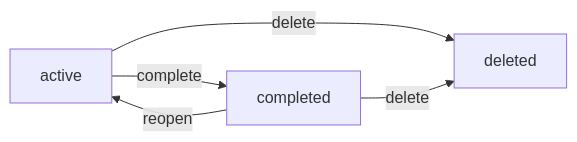
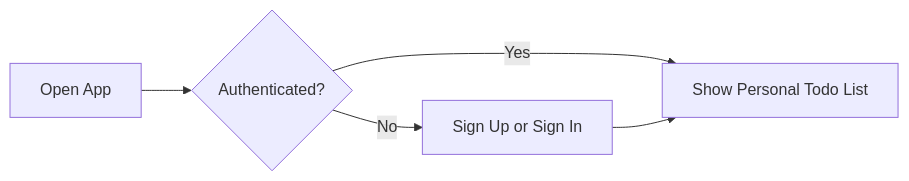
One commit to wrtnlabs/autobe-example-todo-openai-gpt-5 changed the first of 4 diagrams in docs/analysis/00-toc.md. Above: the diagram before and after it, drawn with Mermaid. The commit also changed other lines of this file and 957 other files, not shown here.

````diff
--- a/docs/analysis/00-toc.md
+++ b/docs/analysis/00-toc.md
@@ -129,7 +66,7 @@
 ```mermaid
 graph LR
-  A["active"] -->|"complete"| B["completed"]
-  B -->|"reopen"| A
-  A -->|"delete"| C["deleted"]
-  B -->|"delete"| C
+  A["Open App"] --> B{"Authenticated?"}
+  B -->|"Yes"| C["Show Personal Todo List"]
+  B -->|"No"| D["Sign Up or Sign In"]
+  D --> C
 ```
````
